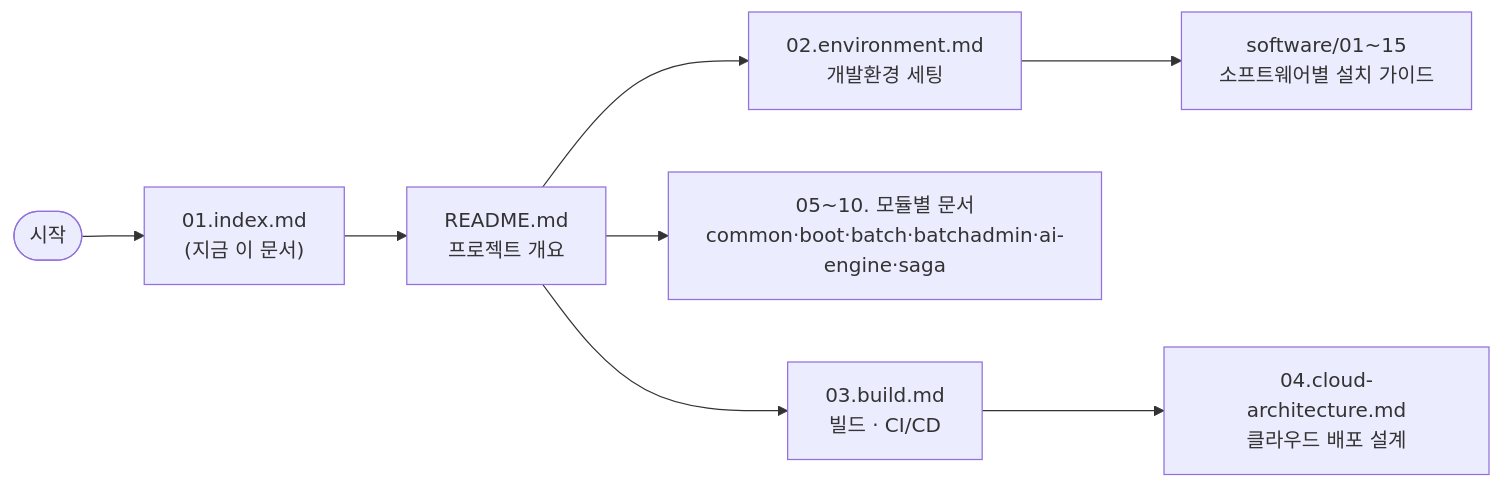
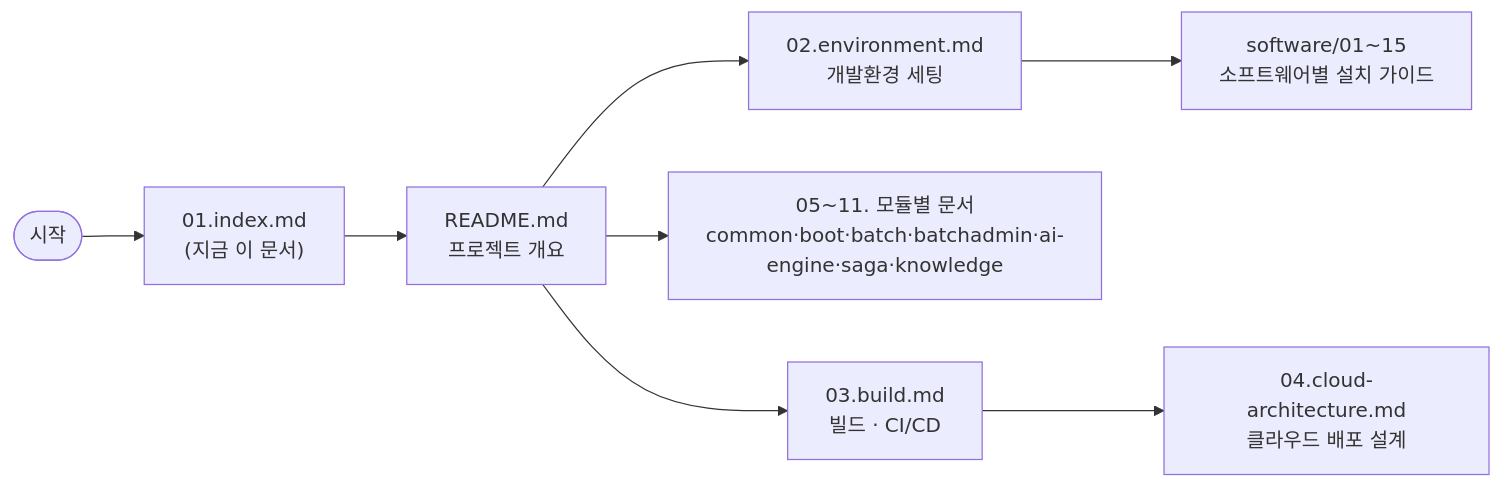
Before and after one commit to YongSoekChoeng/dstone: the diagram in docs/01.index.md, drawn with Mermaid. The commit also changed other lines of this file and 44 other files, not shown here.

````diff
--- a/docs/01.index.md
+++ b/docs/01.index.md
@@ -11,10 +11,10 @@
 ```mermaid
 flowchart LR
     Start(["시작"]) --> Idx["01.index.md<br/>(지금 이 문서)"]
     Idx --> Readme["README.md<br/>프로젝트 개요"]
     Readme --> Env["02.environment.md<br/>개발환경 세팅"]
     Env --> SW["software/01~15<br/>소프트웨어별 설치 가이드"]
-    Readme --> Modules["05~10. 모듈별 문서<br/>common·boot·batch·batchadmin·ai-engine·saga"]
+    Readme --> Modules["05~11. 모듈별 문서<br/>common·boot·batch·batchadmin·ai-engine·saga·knowledge"]
     Readme --> Build["03.build.md<br/>빌드 · CI/CD"]
     Build --> Cloud["04.cloud-architecture.md<br/>클라우드 배포 설계"]
 ```
````
